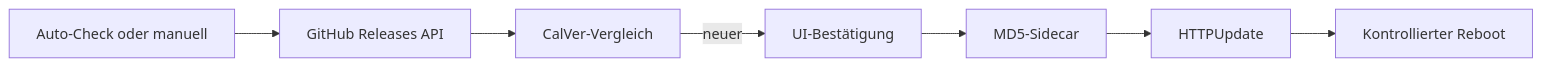
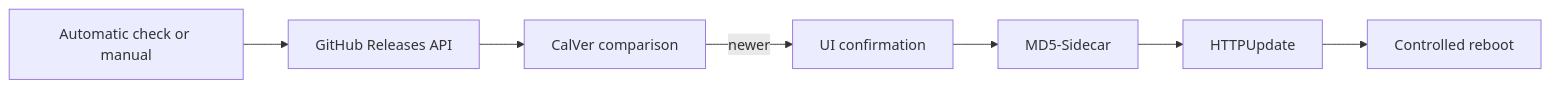
One commit to EyJunge1/chaya2mqtt changed the diagram in docs/OTA.md. Above: the diagram before and after it, drawn with Mermaid. The commit also changed other lines of this file and 43 other files, not shown here.

````diff
--- a/docs/OTA.md
+++ b/docs/OTA.md
@@ -7,17 +7,17 @@
 ```mermaid
 flowchart LR
-    trigger[Auto-Check oder manuell]
+    trigger[Automatic check or manual]
     github[GitHub Releases API]
-    calver[CalVer-Vergleich]
-    confirm[UI-Bestätigung]
+    calver[CalVer comparison]
+    confirm[UI confirmation]
     md5[MD5-Sidecar]
     httpUpdate[HTTPUpdate]
-    reboot[Kontrollierter Reboot]
+    reboot[Controlled reboot]
 
     trigger --> github
     github --> calver
-    calver -->|neuer| confirm
+    calver -->|newer| confirm
     confirm --> md5
     md5 --> httpUpdate
     httpUpdate --> reboot
 ```
````
